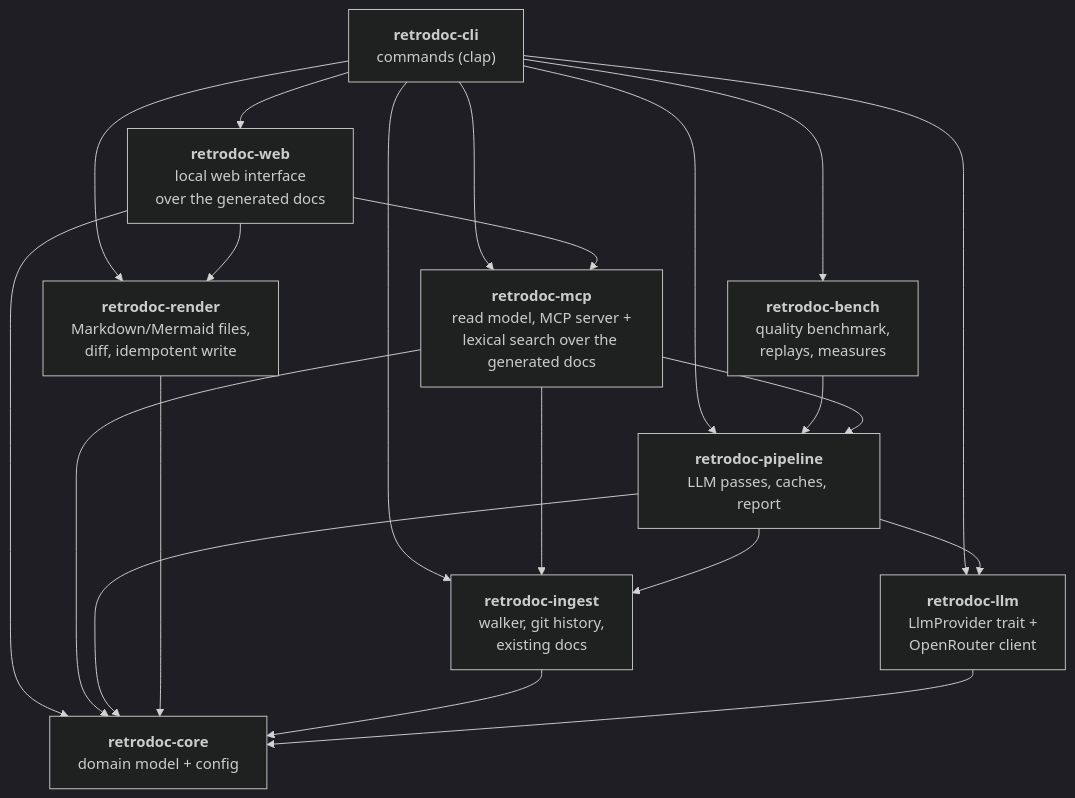
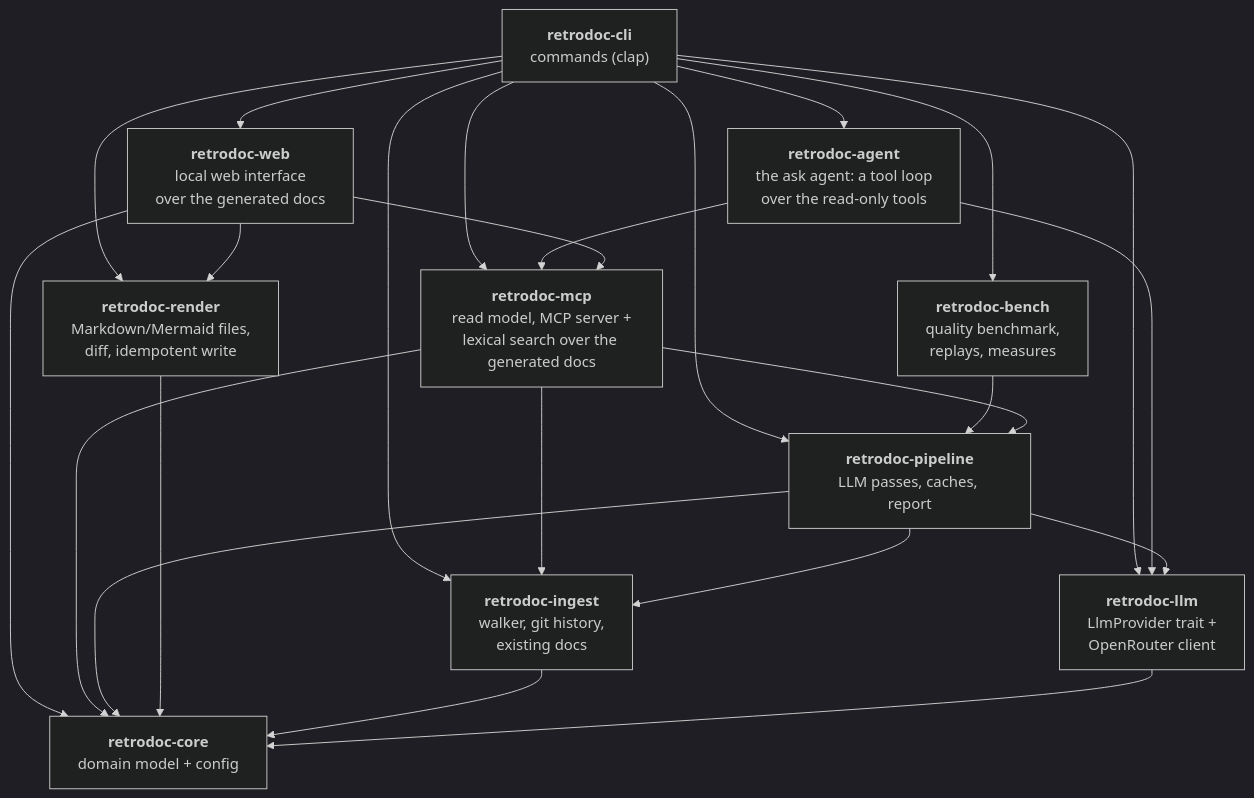
One commit to Electron-libre/RetroDoc changed the second of 9 diagrams in docs/ARCHITECTURE.md. Above: the diagram before and after it, drawn with Mermaid (dark theme). The commit also changed other lines of this file and 15 other files, not shown here.

First line of the commit message:
feat(agent): answer a question with a bounded loop over the read tools

````diff
--- a/docs/ARCHITECTURE.md
+++ b/docs/ARCHITECTURE.md
@@ -27,33 +27,37 @@
 ```mermaid
 flowchart TD
     cli["<b>retrodoc-cli</b><br/>commands (clap)"]
     pipe["<b>retrodoc-pipeline</b><br/>LLM passes, caches, report"]
     render["<b>retrodoc-render</b><br/>Markdown/Mermaid files,<br/>diff, idempotent write"]
+    agent["<b>retrodoc-agent</b><br/>the ask agent: a tool loop<br/>over the read-only tools"]
     mcp["<b>retrodoc-mcp</b><br/>read model, MCP server +<br/>lexical search over the generated docs"]
     bench["<b>retrodoc-bench</b><br/>quality benchmark,<br/>replays, measures"]
     web["<b>retrodoc-web</b><br/>local web interface<br/>over the generated docs"]
     ingest["<b>retrodoc-ingest</b><br/>walker, git history,<br/>existing docs"]
     llm["<b>retrodoc-llm</b><br/>LlmProvider trait +<br/>OpenRouter client"]
     core["<b>retrodoc-core</b><br/>domain model + config"]
 
     cli --> pipe
     cli --> render
     cli --> ingest
     cli --> llm
     cli --> mcp
     cli --> web
     cli --> bench
+    cli --> agent
+    agent --> mcp
+    agent --> llm
     bench --> pipe
     web --> mcp
     web --> render
     web --> core
     mcp --> pipe
     mcp --> ingest
     mcp --> core
     pipe --> ingest
     pipe --> llm
     pipe --> core
     render --> core
     ingest --> core
     llm --> core
 ```
````
